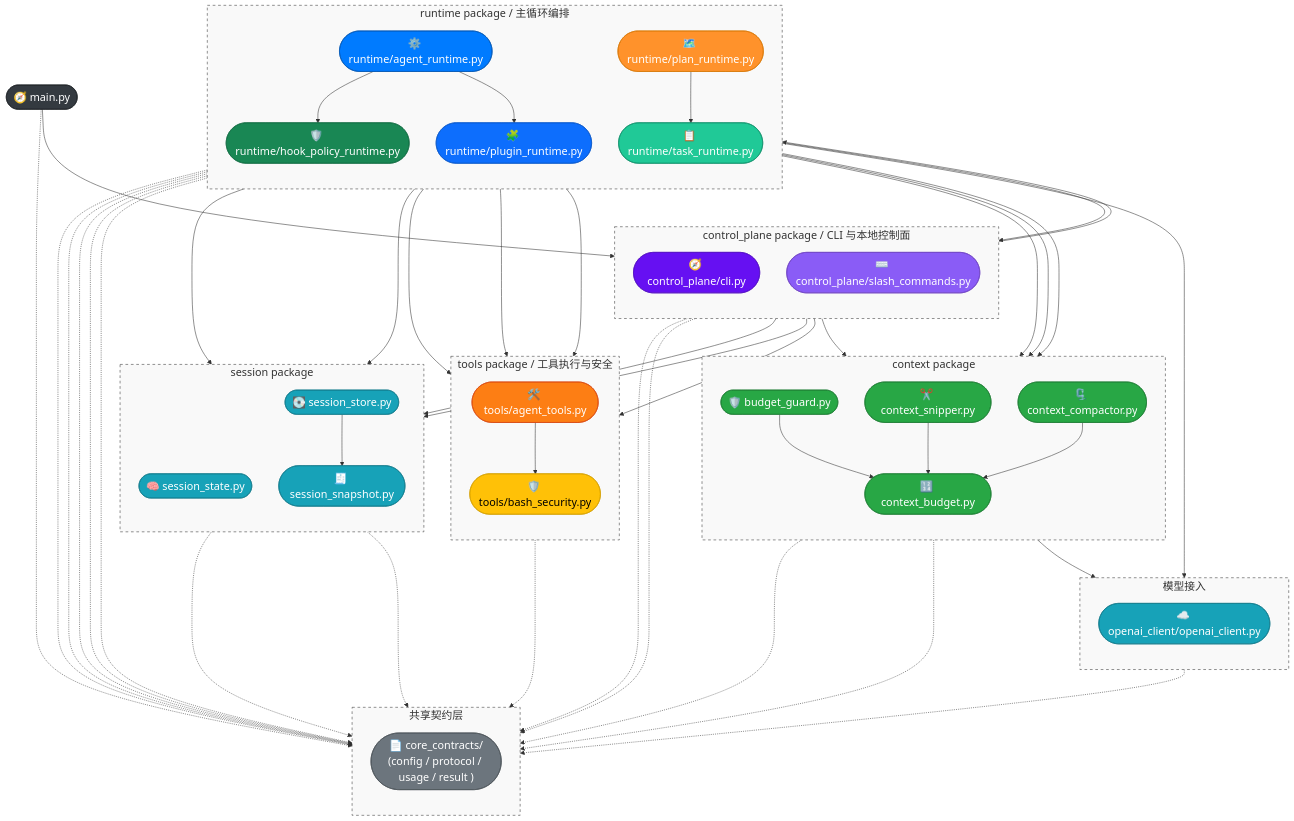
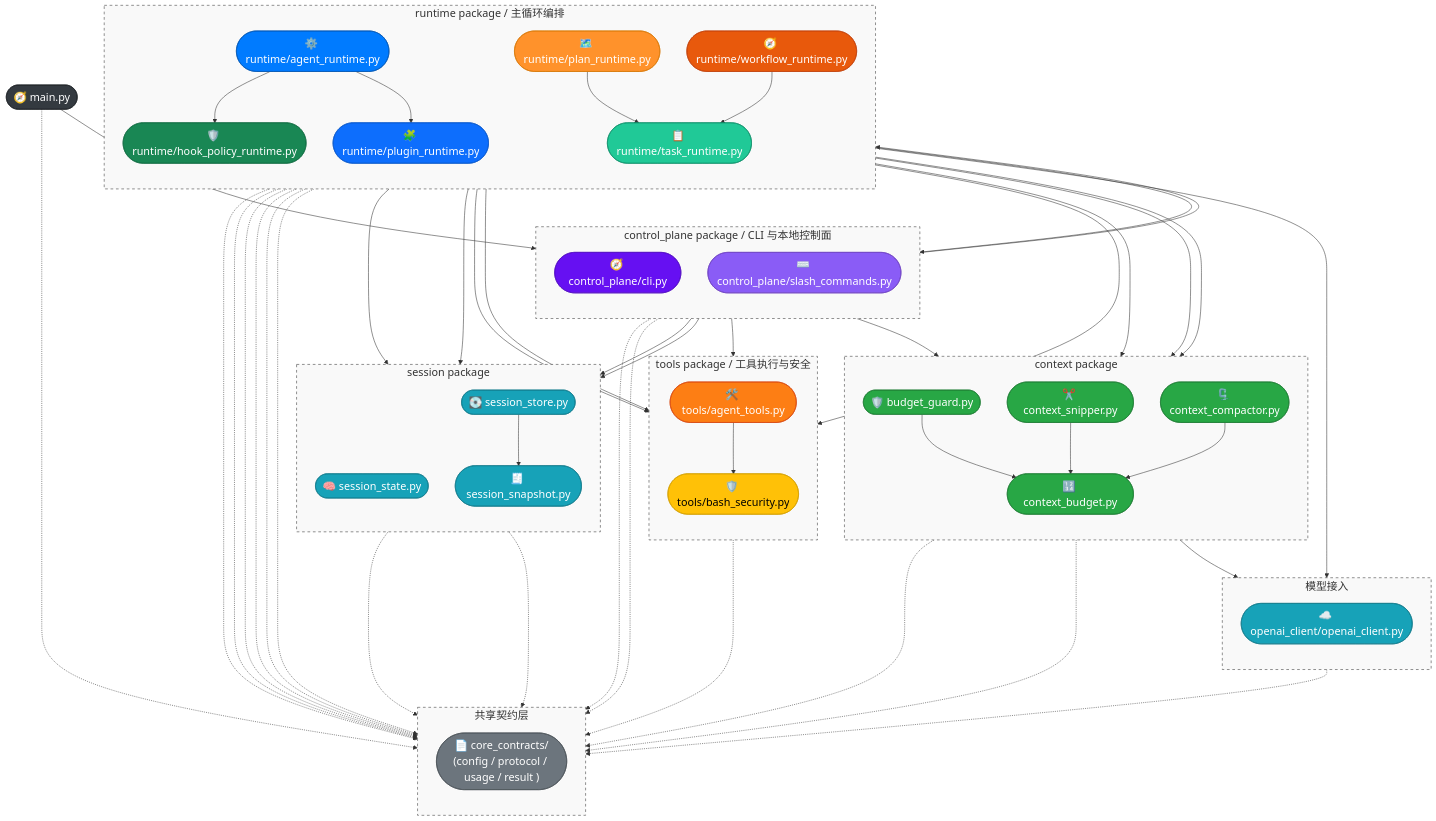
The diagram in docs/Architecture.md (WenXingming/ClawCodeAgent), drawn with Mermaid before and after one commit. The commit also changed other lines of this file and 4 other files, not shown here.

Commit message:
Feat: 实现工作区 Workflow Runtime，支持工作流定义发现、顺序执行与运行历史持久化；新增单元测试覆盖相关功能

```diff
--- a/docs/Architecture.md
+++ b/docs/Architecture.md
@@ -47,6 +47,7 @@
         n_plugin_runtime(["🧩 runtime/plugin_runtime.py"])
         n_task_runtime(["📋 runtime/task_runtime.py"])
         n_plan_runtime(["🗺️ runtime/plan_runtime.py"])
+        n_workflow_runtime(["🧭 runtime/workflow_runtime.py"])
         n_runtime(["⚙️ runtime/agent_runtime.py"])
         style Runtime fill:#f9f9f9,stroke:#333,stroke-dasharray: 5 5
     end
@@ -115,6 +116,7 @@
 
     %% ================= 工具 =================
     n_plan_runtime --> n_task_runtime
+    n_workflow_runtime --> n_task_runtime
     n_hook_policy_runtime --> n_tools
     n_plugin_runtime --> n_tools
     n_tools --> n_bash_security
@@ -138,6 +140,7 @@
     n_plugin_runtime -.-> n_core_contracts
     n_task_runtime -.-> n_core_contracts
     n_plan_runtime -.-> n_core_contracts
+    n_workflow_runtime -.-> n_core_contracts
     n_slash -.-> n_core_contracts
     n_tools -.-> n_core_contracts
     n_openai_client -.-> n_core_contracts
@@ -154,6 +157,7 @@
     style n_plugin_runtime fill:#0d6efd,color:#fff,stroke:#0a58ca
     style n_task_runtime fill:#20c997,color:#fff,stroke:#0f8f6b
     style n_plan_runtime fill:#ff922b,color:#fff,stroke:#d97706
+    style n_workflow_runtime fill:#e8590c,color:#fff,stroke:#c2410c
     style n_slash fill:#8a5cf6,color:#fff,stroke:#6f42c1
     style n_core_contracts fill:#6c757d,color:#fff,stroke:#495057
     style n_openai_client fill:#17a2b8,color:#fff,stroke:#117a8b
```
